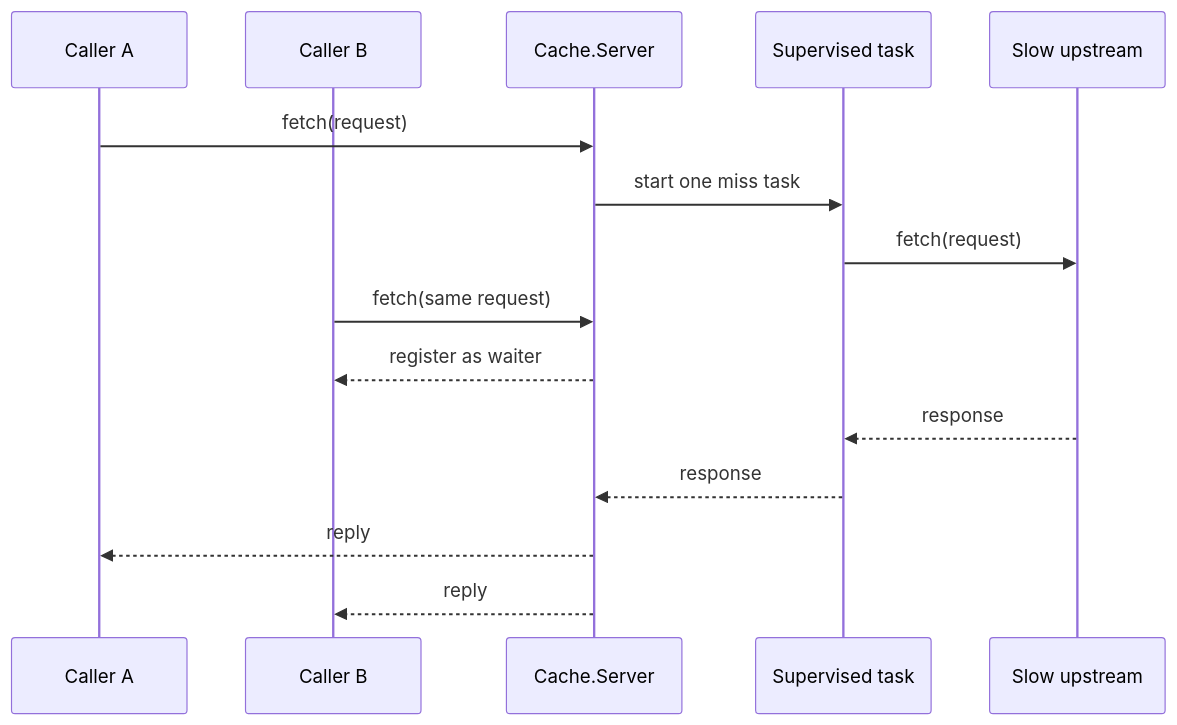
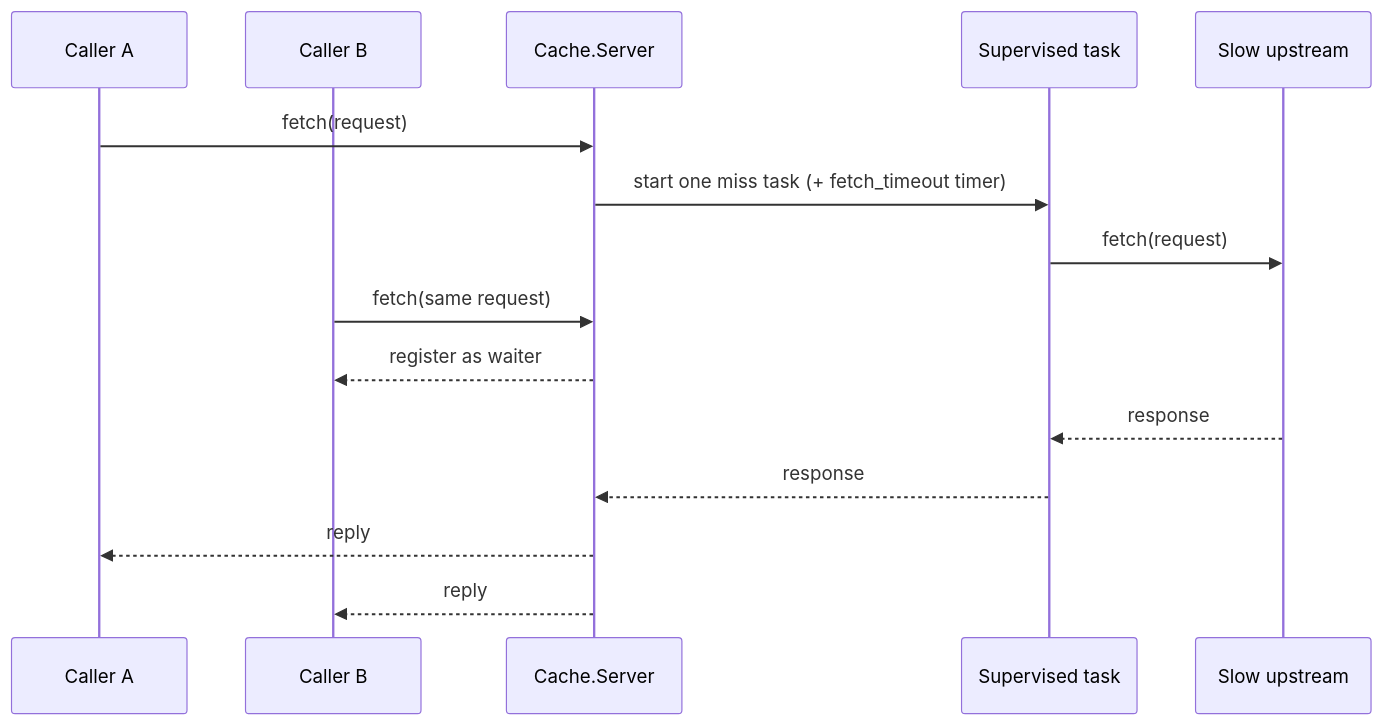
One commit to alirazawatoo/appwork-assessment changed the diagram in README.md. Above: the diagram before and after it, drawn with Mermaid. The commit also changed other lines of this file and 2 other files, not shown here.

````diff
--- a/README.md
+++ b/README.md
@@ -39,17 +84,17 @@
 ```mermaid
 sequenceDiagram
     participant A as Caller A
     participant B as Caller B
     participant C as Cache.Server
     participant T as Supervised task
     participant U as Slow upstream
     A->>C: fetch(request)
-    C->>T: start one miss task
+    C->>T: start one miss task (+ fetch_timeout timer)
     T->>U: fetch(request)
     B->>C: fetch(same request)
     C-->>B: register as waiter
     U-->>T: response
     T-->>C: response
     C-->>A: reply
     C-->>B: reply
 ```
````
